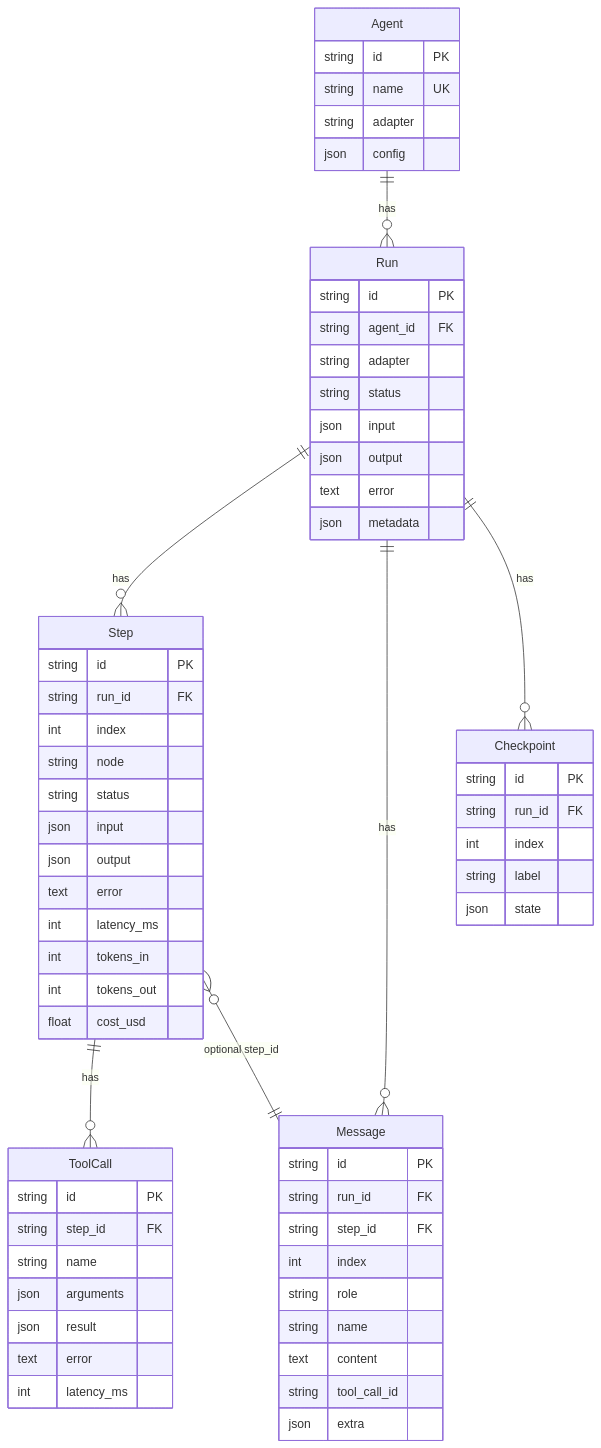
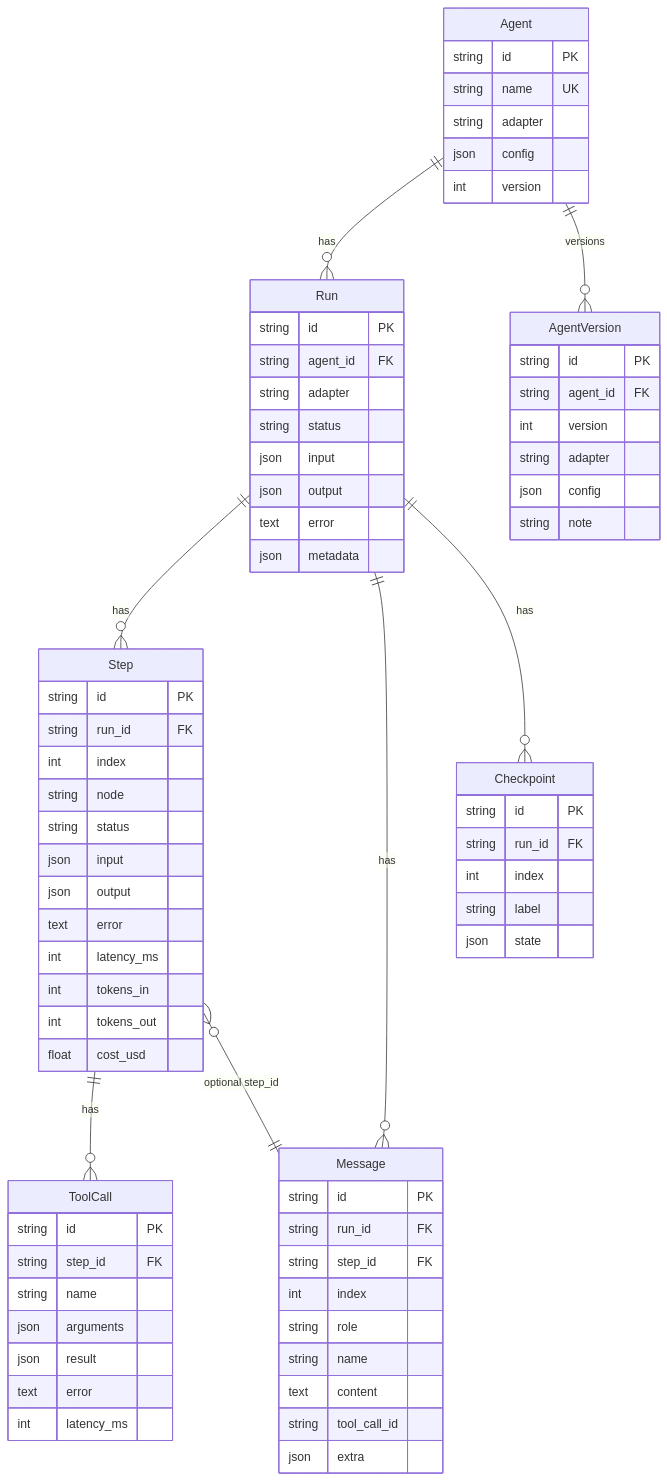
The first of 2 diagrams in docs/data-model.md (Emiyaaaaa/HiveMind), drawn with Mermaid before and after one commit. The commit also changed other lines of this file and 21 other files, not shown here.

````diff
--- a/docs/data-model.md
+++ b/docs/data-model.md
@@ -9,67 +9,77 @@
 ```mermaid
 erDiagram
     Agent ||--o{ Run : has
+    Agent ||--o{ AgentVersion : versions
     Run ||--o{ Step : has
     Run ||--o{ Message : has
     Run ||--o{ Checkpoint : has
     Step ||--o{ ToolCall : has
     Step }o--|| Message : "optional step_id"
 
     Agent {
         string id PK
         string name UK
         string adapter
         json config
+        int version
+    }
+    AgentVersion {
+        string id PK
+        string agent_id FK
+        int version
+        string adapter
+        json config
+        string note
     }
     Run {
         string id PK
         string agent_id FK
         string adapter
         string status
         json input
         json output
         text error
         json metadata
     }
     Step {
         string id PK
         string run_id FK
         int index
         string node
         string status
         json input
         json output
         text error
         int latency_ms
         int tokens_in
         int tokens_out
         float cost_usd
     }
     Message {
         string id PK
         string run_id FK
         string step_id FK
         int index
         string role
         string name
         text content
         string tool_call_id
         json extra
     }
     ToolCall {
         string id PK
         string step_id FK
         string name
         json arguments
         json result
         text error
         int latency_ms
     }
     Checkpoint {
         string id PK
         string run_id FK
         int index
         string label
         json state
     }
 ```
````
